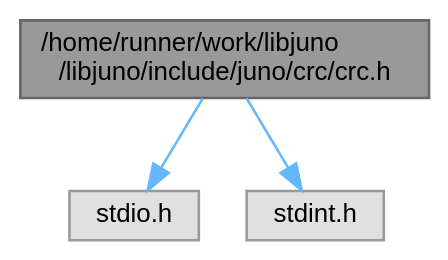
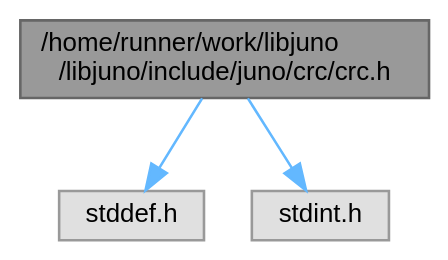
Before and after one commit to robinonsay/libjuno: the diagram in crc_8h__incl.dot, drawn with Graphviz. The commit also changed 156 other files, not shown here.

```diff
--- a/crc_8h__incl.dot
+++ b/crc_8h__incl.dot
@@ -1,12 +1,12 @@
 digraph "/home/runner/work/libjuno/libjuno/include/juno/crc/crc.h"
 {
  // LATEX_PDF_SIZE
   bgcolor="transparent";
   edge [fontname=Helvetica,fontsize=10,labelfontname=Helvetica,labelfontsize=10];
   node [fontname=Helvetica,fontsize=10,shape=box,height=0.2,width=0.4];
   Node1 [id="Node000001",label="/home/runner/work/libjuno\l/libjuno/include/juno/crc/crc.h",height=0.2,width=0.4,color="gray40", fillcolor="grey60", style="filled", fontcolor="black",tooltip=" "];
   Node1 -> Node2 [id="edge1_Node000001_Node000002",color="steelblue1",style="solid",tooltip=" "];
-  Node2 [id="Node000002",label="stdio.h",height=0.2,width=0.4,color="grey60", fillcolor="#E0E0E0", style="filled",tooltip=" "];
+  Node2 [id="Node000002",label="stddef.h",height=0.2,width=0.4,color="grey60", fillcolor="#E0E0E0", style="filled",tooltip=" "];
   Node1 -> Node3 [id="edge2_Node000001_Node000003",color="steelblue1",style="solid",tooltip=" "];
   Node3 [id="Node000003",label="stdint.h",height=0.2,width=0.4,color="grey60", fillcolor="#E0E0E0", style="filled",tooltip=" "];
 }
```
